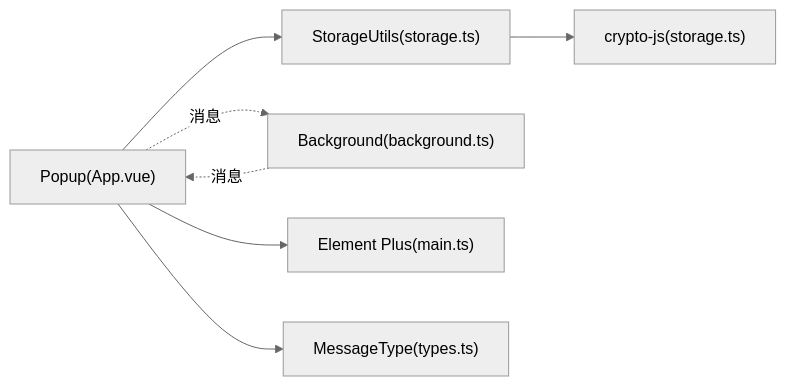
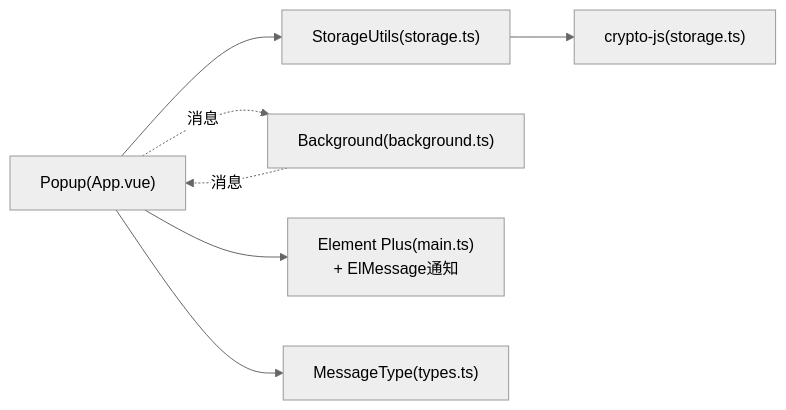
The fifth of 5 diagrams in .qoder/repowiki/zh/content/扩展入口点/Popup Interface.md (liaolongdong/account-password-helper), drawn with Mermaid (neutral theme) before and after one commit. The commit also changed other lines of this file and 23 other files, not shown here.

````diff
--- a/.qoder/repowiki/zh/content/扩展入口点/Popup Interface.md
+++ b/.qoder/repowiki/zh/content/扩展入口点/Popup Interface.md
@@ -237,9 +269,9 @@
 ```mermaid
 graph LR
 P["Popup(App.vue)"] --> S["StorageUtils(storage.ts)"]
 P -.消息.-> B["Background(background.ts)"]
 B -.消息.-> P
-P --> E["Element Plus(main.ts)"]
+P --> E["Element Plus(main.ts)<br/>+ ElMessage通知"]
 S --> C["crypto-js(storage.ts)"]
 P --> T["MessageType(types.ts)"]
 ```
````
